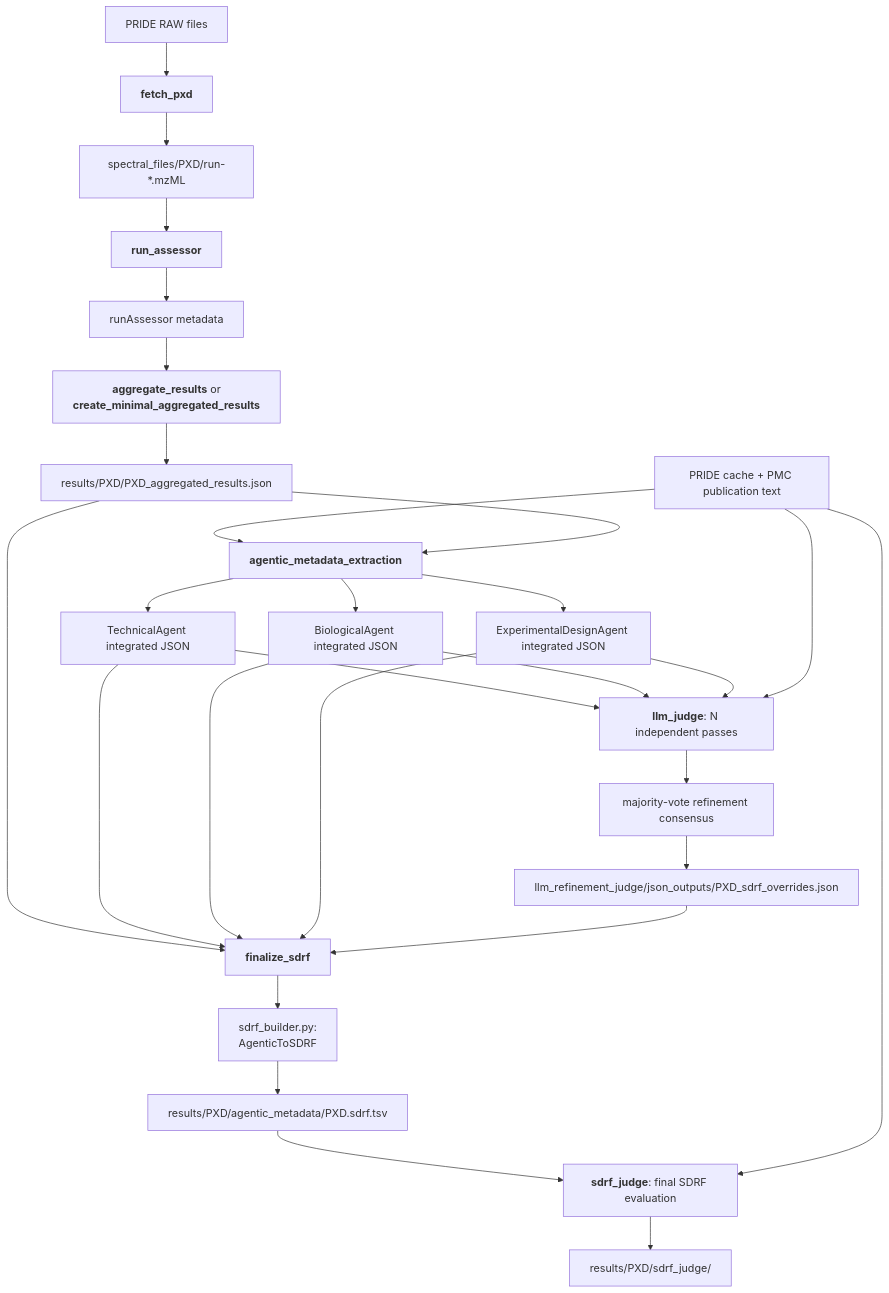
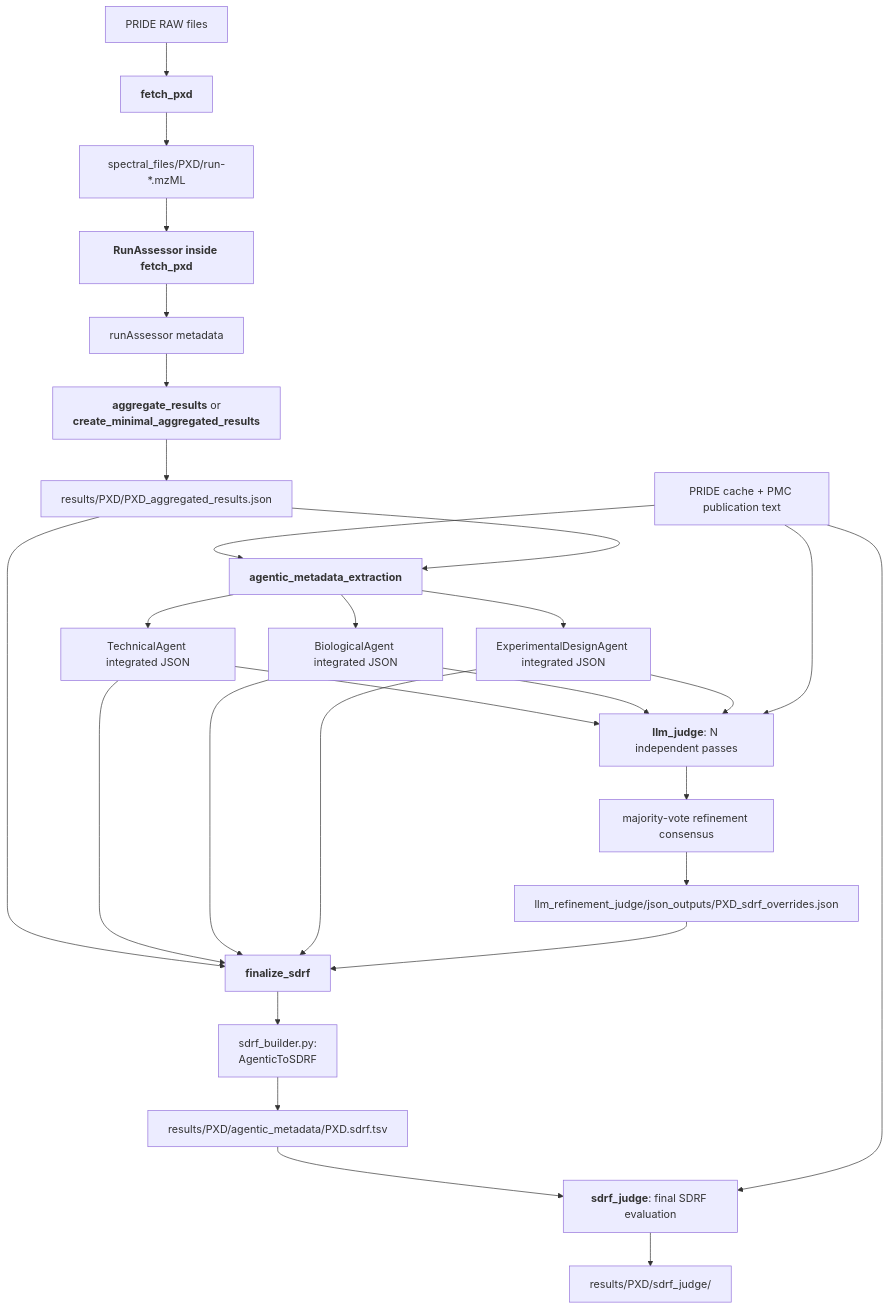
One commit to NCEMS/HAMLET changed the second of 2 diagrams in README.md. Above: the diagram before and after it, drawn with Mermaid. The commit also changed other lines of this file and 9649 other files, not shown here.

````diff
--- a/README.md
+++ b/README.md
@@ -515,33 +667,33 @@
 ```mermaid
 flowchart TD
   A["PRIDE RAW files"] --> B["<b>fetch_pxd</b>"]
   B --> C["spectral_files/PXD/run-*.mzML"]
-  C --> D["<b>run_assessor</b>"]
+  C --> D["<b>RunAssessor inside fetch_pxd</b>"]
   D --> E["runAssessor metadata"]
   E --> F["<b>aggregate_results</b> or<br/><b>create_minimal_aggregated_results</b>"]
   F --> G["results/PXD/PXD_aggregated_results.json"]
 
   H["PRIDE cache + PMC publication text"] --> I["<b>agentic_metadata_extraction</b>"]
   G --> I
   I --> J["TechnicalAgent integrated JSON"]
   I --> K["BiologicalAgent integrated JSON"]
   I --> L["ExperimentalDesignAgent integrated JSON"]
 
   J --> M["<b>llm_judge</b>: N independent passes"]
   K --> M
   L --> M
   H --> M
   M --> N["majority-vote refinement consensus"]
   N --> O["llm_refinement_judge/json_outputs/PXD_sdrf_overrides.json"]
 
   G --> P["<b>finalize_sdrf</b>"]
   J --> P
   K --> P
   L --> P
   O --> P
   P --> R["sdrf_builder.py:<br/>AgenticToSDRF"]
   R --> Q["results/PXD/agentic_metadata/PXD.sdrf.tsv"]
   Q --> S["<b>sdrf_judge</b>: final SDRF evaluation"]
   H --> S
   S --> T["results/PXD/sdrf_judge/"]
 ```
````
